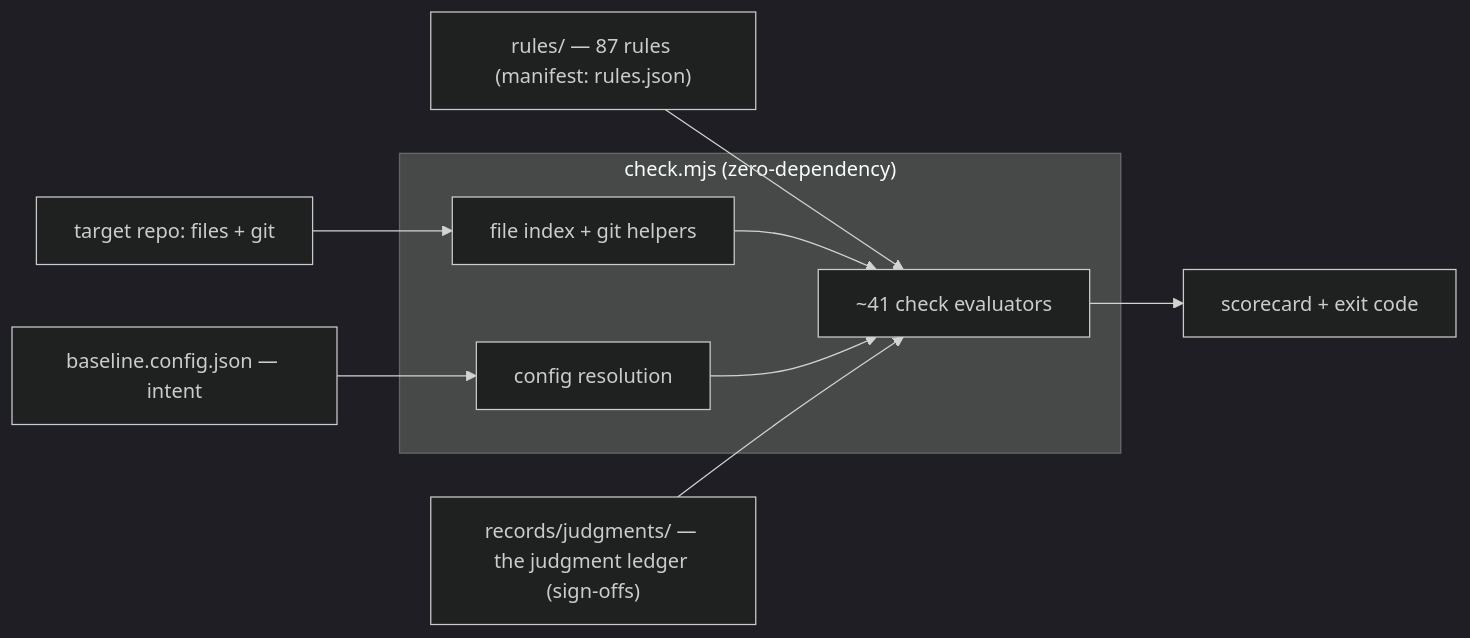
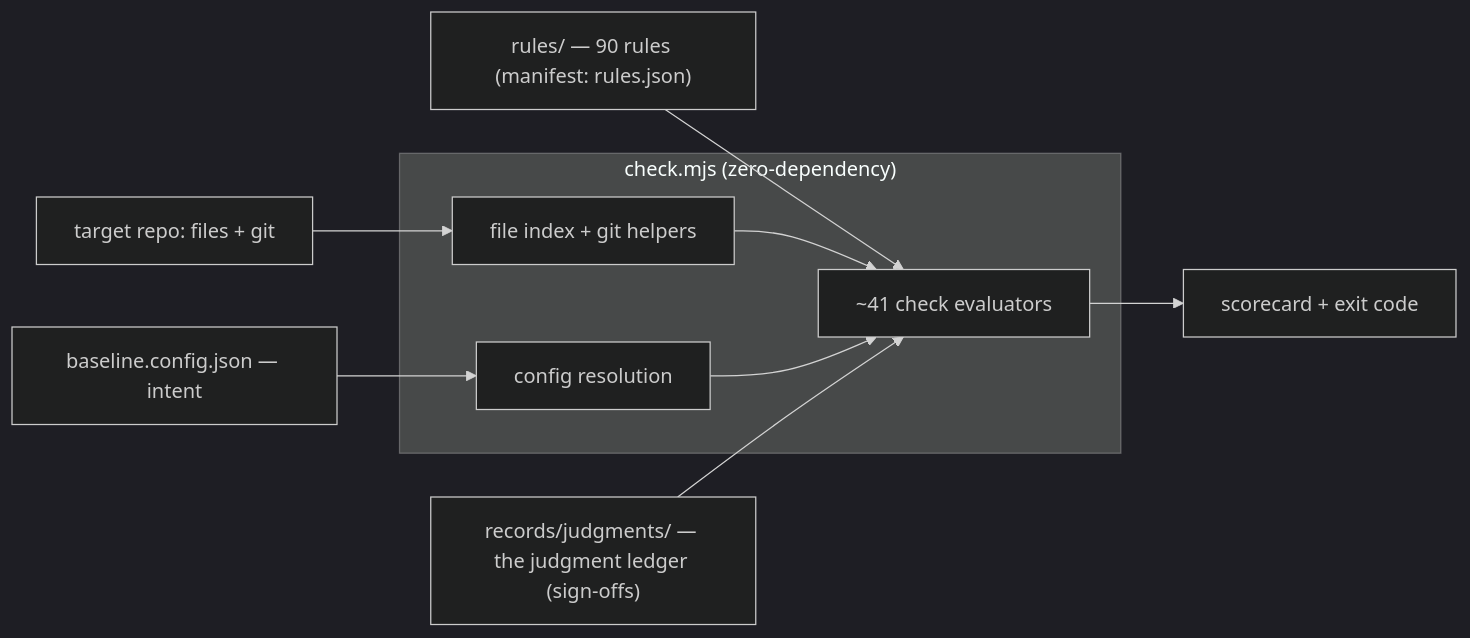
The first of 3 diagrams in REFERENCE.md (AdarGit008/baseline-skill), drawn with Mermaid (dark theme) before and after one commit. The commit also changed other lines of this file and 19 other files, not shown here.

````diff
--- a/REFERENCE.md
+++ b/REFERENCE.md
@@ -58,12 +58,12 @@
 ```mermaid
 flowchart LR
   CFG["baseline.config.json — intent"] --> RES
-  RULES["rules/ — 87 rules (manifest: rules.json)"] --> EVAL
+  RULES["rules/ — 90 rules (manifest: rules.json)"] --> EVAL
   REPO["target repo: files + git"] --> IDX
   subgraph ENGINE["check.mjs (zero-dependency)"]
     IDX["file index + git helpers"] --> EVAL["~41 check evaluators"]
     RES["config resolution"] --> EVAL
   end
   SO["records/judgments/ — the judgment ledger (sign-offs)"] --> EVAL
   EVAL --> OUT["scorecard + exit code"]
 ```
````
